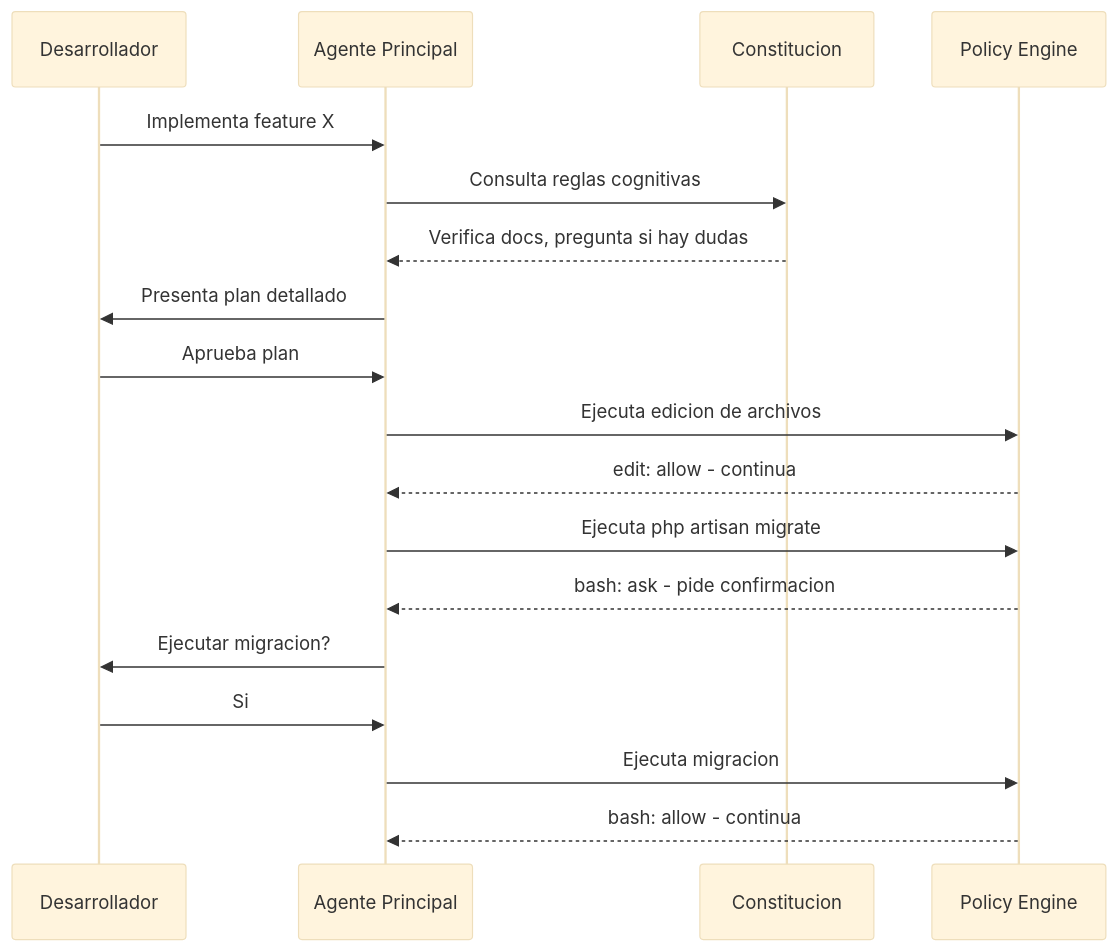
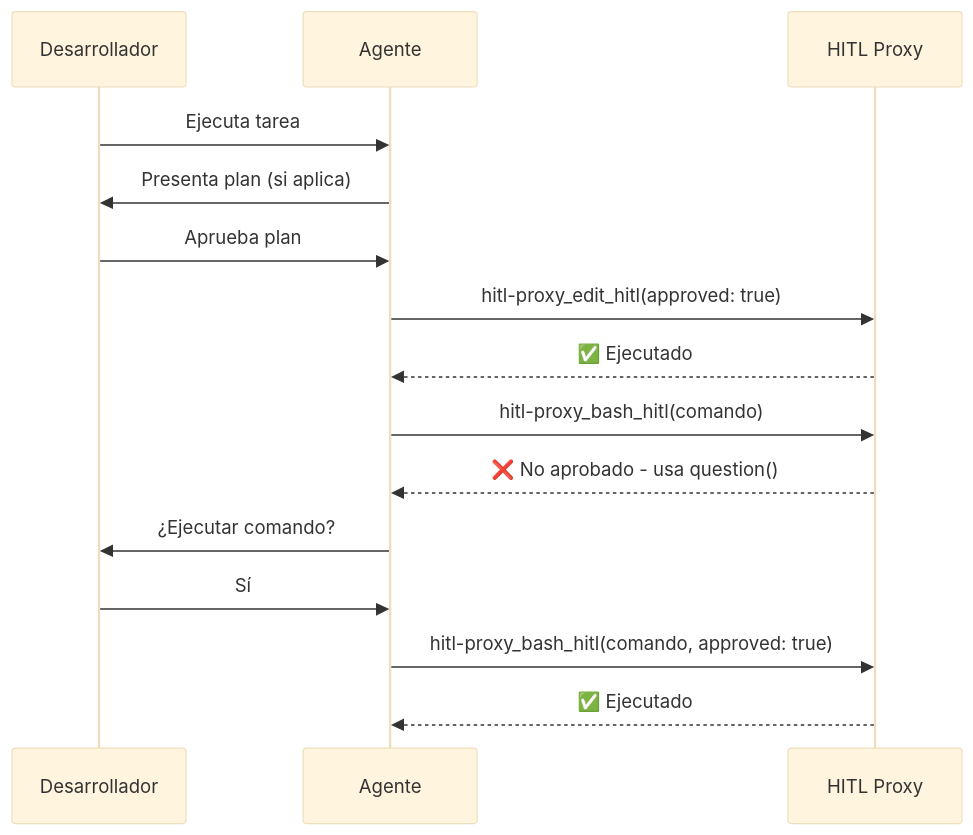
One commit to Santi746/vyntra-backend changed the second of 3 diagrams in docs/ai_usage/multi-agent-architecture.md. Above: the diagram before and after it, drawn with Mermaid (base theme). The commit also changed other lines of this file and 34 other files, not shown here.

Commit message:
docs: add realtime architecture, events layer, and infrastructure scaling docs

````diff
--- a/docs/ai_usage/multi-agent-architecture.md
+++ b/docs/ai_usage/multi-agent-architecture.md
@@ -77,21 +90,18 @@
 ```mermaid
 sequenceDiagram
     participant U as Desarrollador
-    participant A as Agente Principal
-    participant C as Constitucion
-    participant P as Policy Engine
+    participant A as Agente
+    participant P as HITL Proxy
 
-    U->>A: Implementa feature X
-    A->>C: Consulta reglas cognitivas
-    C-->>A: Verifica docs, pregunta si hay dudas
-    A->>U: Presenta plan detallado
+    U->>A: Ejecuta tarea
+    A->>U: Presenta plan (si aplica)
     U->>A: Aprueba plan
-    A->>P: Ejecuta edicion de archivos
-    P-->>A: edit: allow - continua
-    A->>P: Ejecuta php artisan migrate
-    P-->>A: bash: ask - pide confirmacion
-    A->>U: Ejecutar migracion?
-    U->>A: Si
-    A->>P: Ejecuta migracion
-    P-->>A: bash: allow - continua
+    A->>P: hitl-proxy_edit_hitl(approved: true)
+    P-->>A: ✅ Ejecutado
+    A->>P: hitl-proxy_bash_hitl(comando)
+    P-->>A: ❌ No aprobado - usa question()
+    A->>U: ¿Ejecutar comando?
+    U->>A: Sí
+    A->>P: hitl-proxy_bash_hitl(comando, approved: true)
+    P-->>A: ✅ Ejecutado
 ```
````
